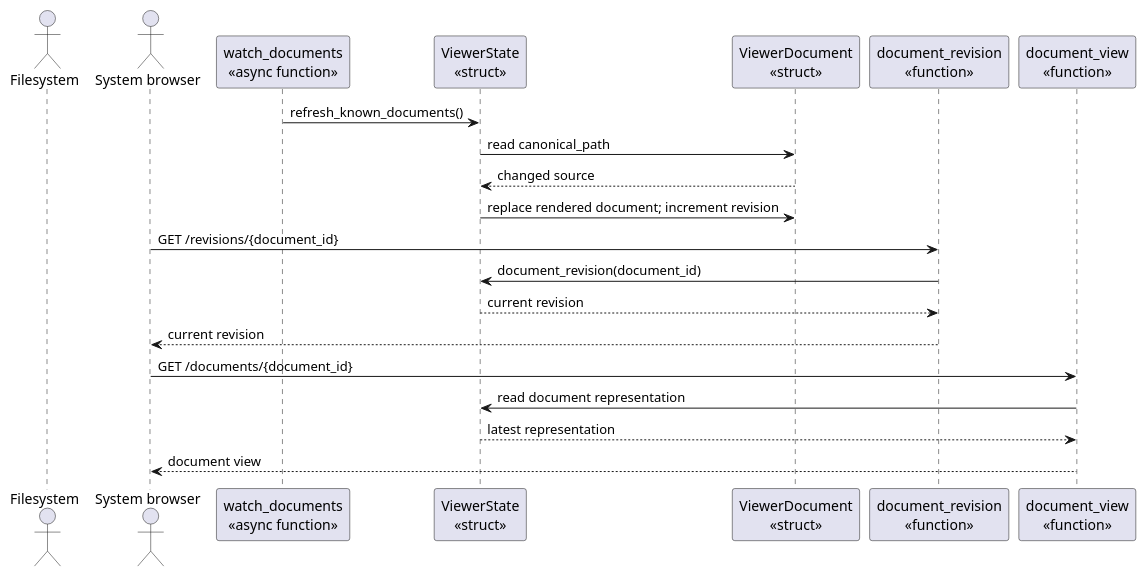
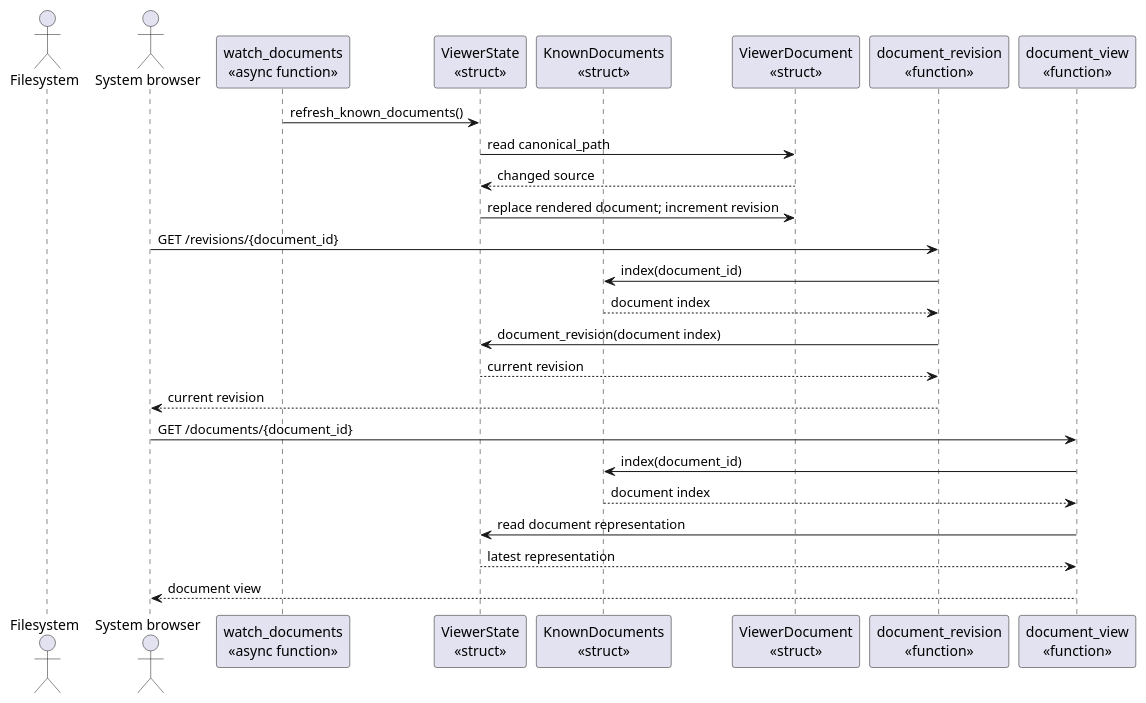
The first of 2 diagrams in docs/features/automatic-refresh/design.md (sirius-cc-wu/lens), drawn with PlantUML before and after one commit. The commit also changed other lines of this file and 1 other file, not shown here.

````diff
--- a/docs/features/automatic-refresh/design.md
+++ b/docs/features/automatic-refresh/design.md
@@ -29,24 +29,29 @@
 ```plantuml
 @startuml
 actor "Filesystem" as Filesystem
 actor "System browser" as Browser
 participant "watch_documents\n<<async function>>" as Watcher
 participant "ViewerState\n<<struct>>" as State
+participant "KnownDocuments\n<<struct>>" as KnownDocuments
 participant "ViewerDocument\n<<struct>>" as Document
 participant "document_revision\n<<function>>" as Revision
 participant "document_view\n<<function>>" as View
 
 Watcher -> State: refresh_known_documents()
 State -> Document: read canonical_path
 Document --> State: changed source
 State -> Document: replace rendered document; increment revision
 Browser -> Revision: GET /revisions/{document_id}
-Revision -> State: document_revision(document_id)
+Revision -> KnownDocuments: index(document_id)
+KnownDocuments --> Revision: document index
+Revision -> State: document_revision(document index)
 State --> Revision: current revision
 Revision --> Browser: current revision
 Browser -> View: GET /documents/{document_id}
+View -> KnownDocuments: index(document_id)
+KnownDocuments --> View: document index
 View -> State: read document representation
 State --> View: latest representation
 View --> Browser: document view
 @enduml
 ```
````
